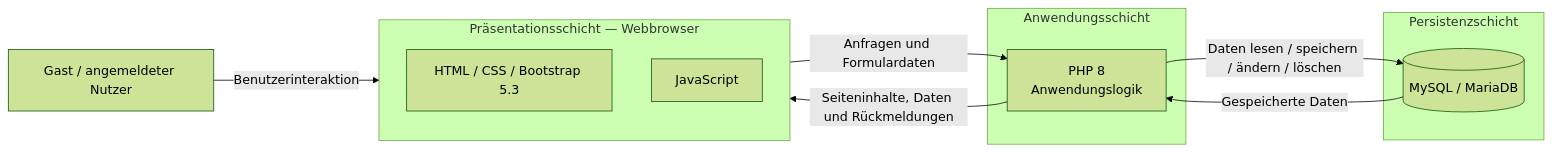
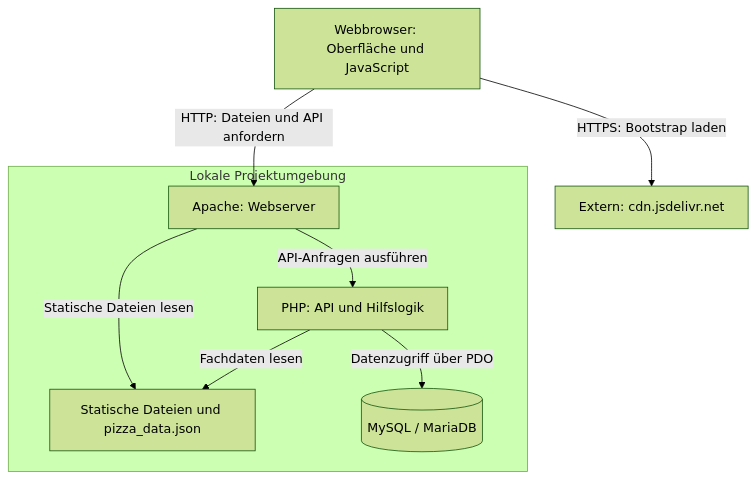
One commit to Familienmann89/Pizza-Tracker- changed the second of 2 diagrams in docs/arch/A03-kontext-und-abgrenzung.md. Above: the diagram before and after it, drawn with Mermaid (forest theme). The commit also changed other lines of this file, not shown here.

````diff
--- a/docs/arch/A03-kontext-und-abgrenzung.md
+++ b/docs/arch/A03-kontext-und-abgrenzung.md
@@ -116,25 +119,17 @@
 ```mermaid
-flowchart LR
-    User["Gast / angemeldeter Nutzer"]
-
-    subgraph Browser["Präsentationsschicht — Webbrowser"]
-        UI["HTML / CSS / Bootstrap 5.3"]
-        JS["JavaScript"]
+flowchart TB
+    Browser["Webbrowser: Oberfläche und JavaScript"]
+    subgraph Lokal["Lokale Projektumgebung"]
+        Apache["Apache: Webserver"]
+        Dateien["Statische Dateien und pizza_data.json"]
+        PHP["PHP: API und Hilfslogik"]
+        DB[("MySQL / MariaDB")]
+        Apache -->|"Statische Dateien lesen"| Dateien
+        Apache -->|"API-Anfragen ausführen"| PHP
+        PHP -->|"Fachdaten lesen"| Dateien
+        PHP -->|"Datenzugriff über PDO"| DB
     end
-
-    subgraph Application["Anwendungsschicht"]
-        PHP["PHP 8\nAnwendungslogik"]
-    end
-
-    subgraph Persistence["Persistenzschicht"]
-        DB[("MySQL / MariaDB")]
-    end
-
-    User -->|"Benutzerinteraktion"| Browser
-
-    Browser -->|"Anfragen und Formulardaten"| PHP
-    PHP -->|"Seiteninhalte, Daten und Rückmeldungen"| Browser
-
-    PHP -->|"Daten lesen / speichern / ändern / löschen"| DB
-    DB -->|"Gespeicherte Daten"| PHP
+    CDN["Extern: cdn.jsdelivr.net"]
+    Browser -->|"HTTP: Dateien und API anfordern"| Apache
+    Browser -->|"HTTPS: Bootstrap laden"| CDN
 ```
````
